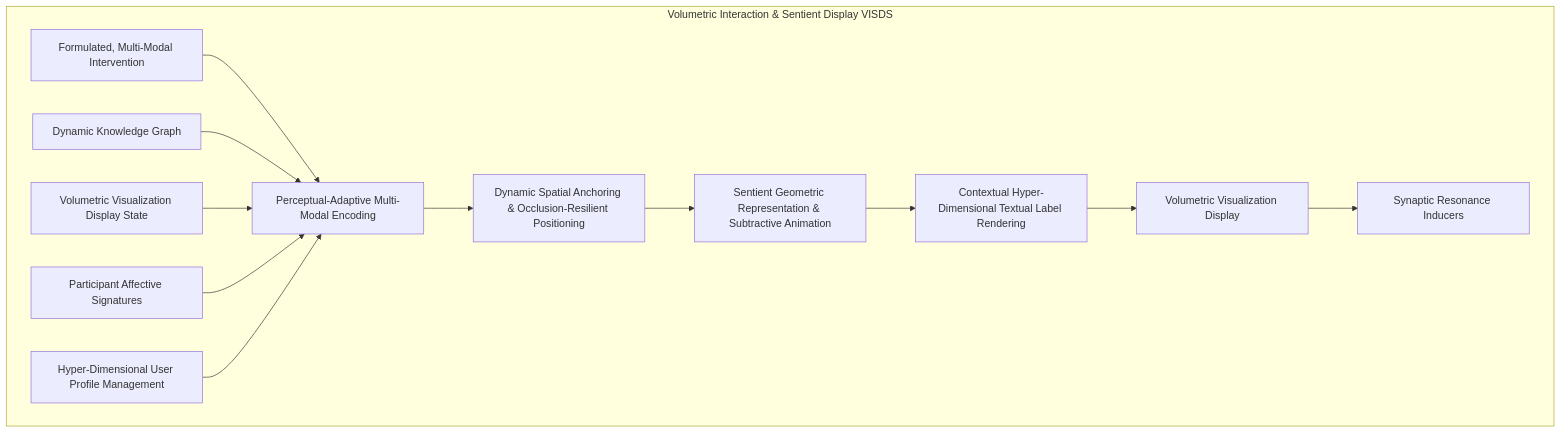
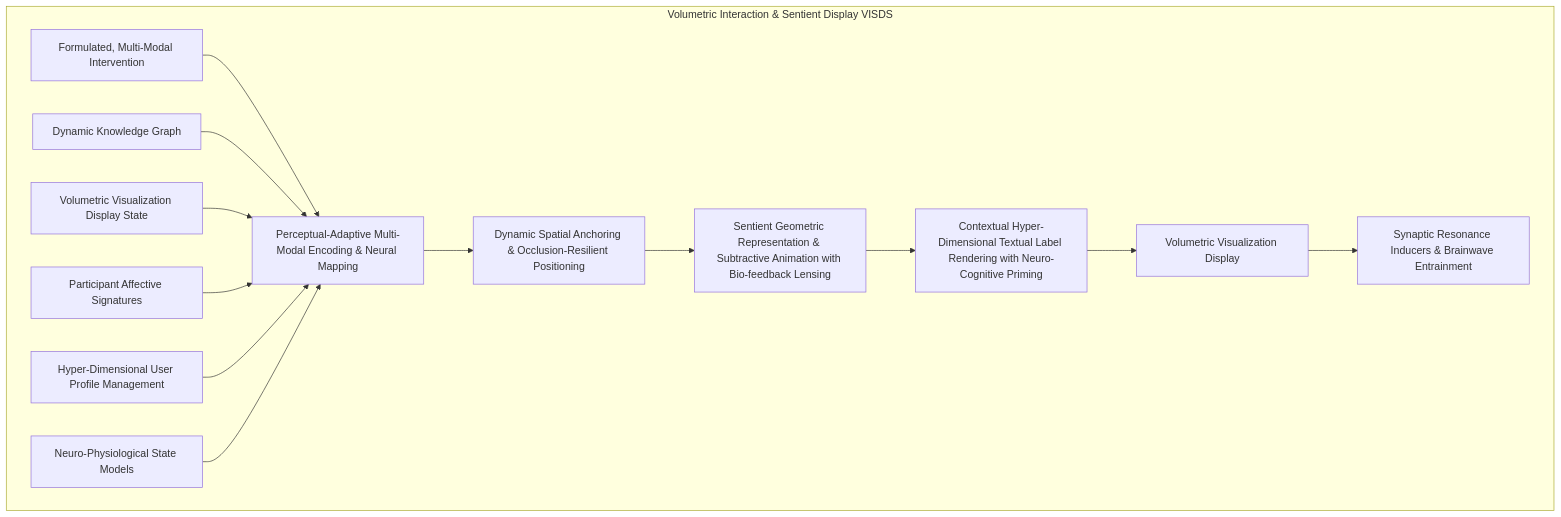
One commit to diplomat-bit/Citibank_Demo_Business_Inc_Demonstration- changed the seventh of 11 diagrams in inventions/inventions/012_holographic_meeting_scribe/015_autonomous_discourse_orchestration_agent.md. Above: the diagram before and after it, drawn with Mermaid. The commit also changed other lines of this file, not shown here.

````diff
--- a/inventions/inventions/012_holographic_meeting_scribe/015_autonomous_discourse_orchestration_agent.md
+++ b/inventions/inventions/012_holographic_meeting_scribe/015_autonomous_discourse_orchestration_agent.md
@@ -333,17 +365,18 @@
 ```mermaid
 graph TD
     subgraph Volumetric Interaction & Sentient Display VISDS
-        QLES_INPUT[Formulated, Multi-Modal Intervention] --> VISUAL_ENCODING_ADAPT[Perceptual-Adaptive Multi-Modal Encoding];
+        QLES_INPUT[Formulated, Multi-Modal Intervention] --> VISUAL_ENCODING_ADAPT[Perceptual-Adaptive Multi-Modal Encoding & Neural Mapping];
         DKG[Dynamic Knowledge Graph] --> VISUAL_ENCODING_ADAPT;
         VISDS_STATE[Volumetric Visualization Display State] --> VISUAL_ENCODING_ADAPT;
         P_A[Participant Affective Signatures] --> VISUAL_ENCODING_ADAPT;
         UPM[Hyper-Dimensional User Profile Management] --> VISUAL_ENCODING_ADAPT;
+        NPSM[Neuro-Physiological State Models] --> VISUAL_ENCODING_ADAPT;
         
         VISUAL_ENCODING_ADAPT --> SPATIAL_ANCHORING[Dynamic Spatial Anchoring & Occlusion-Resilient Positioning];
-        SPATIAL_ANCHORING --> GEOMETRIC_REPRESENTATION[Sentient Geometric Representation & Subtractive Animation];
-        GEOMETRIC_REPRESENTATION --> TEXTUAL_LABEL_RENDERING[Contextual Hyper-Dimensional Textual Label Rendering];
+        SPATIAL_ANCHORING --> GEOMETRIC_REPRESENTATION[Sentient Geometric Representation & Subtractive Animation with Bio-feedback Lensing];
+        GEOMETRIC_REPRESENTATION --> TEXTUAL_LABEL_RENDERING[Contextual Hyper-Dimensional Textual Label Rendering with Neuro-Cognitive Priming];
         
         TEXTUAL_LABEL_RENDERING --> VVD_OUTPUT[Volumetric Visualization Display];
-        VVD_OUTPUT --> SYNAPTIC_RESONANCE[Synaptic Resonance Inducers];
+        VVD_OUTPUT --> SYNAPTIC_RESONANCE[Synaptic Resonance Inducers & Brainwave Entrainment];
     end
 ```
````
